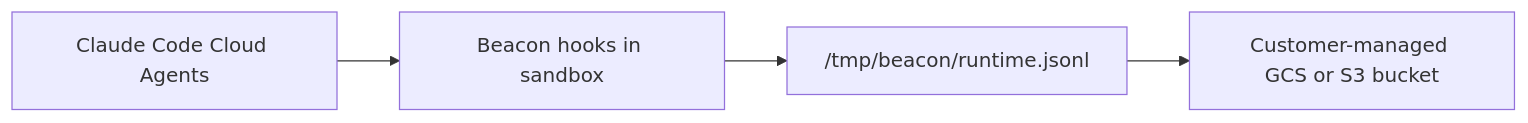
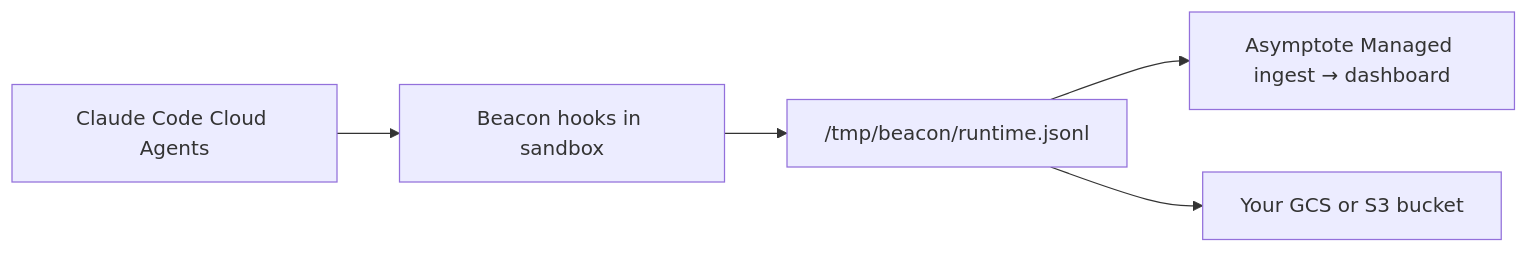
Before and after one commit to Asymptote-Labs/agent-beacon: the diagram in docs/runtimes/claude-code-cloud-agents.mdx, drawn with Mermaid. The commit also changed other lines of this file and 5 other files, not shown here.

First line of the commit message:
Send cloud-agent telemetry to Asymptote Managed ingest

````diff
--- a/docs/runtimes/claude-code-cloud-agents.mdx
+++ b/docs/runtimes/claude-code-cloud-agents.mdx
@@ -40,6 +37,7 @@
 ```mermaid
 flowchart LR
   ClaudeWeb["Claude Code Cloud Agents"] --> Hooks["Beacon hooks in sandbox"]
   Hooks --> RuntimeLog["/tmp/beacon/runtime.jsonl"]
-  RuntimeLog --> Storage["Customer-managed GCS or S3 bucket"]
+  RuntimeLog --> Managed["Asymptote Managed ingest → dashboard"]
+  RuntimeLog --> Storage["Your GCS or S3 bucket"]
 ```
````
